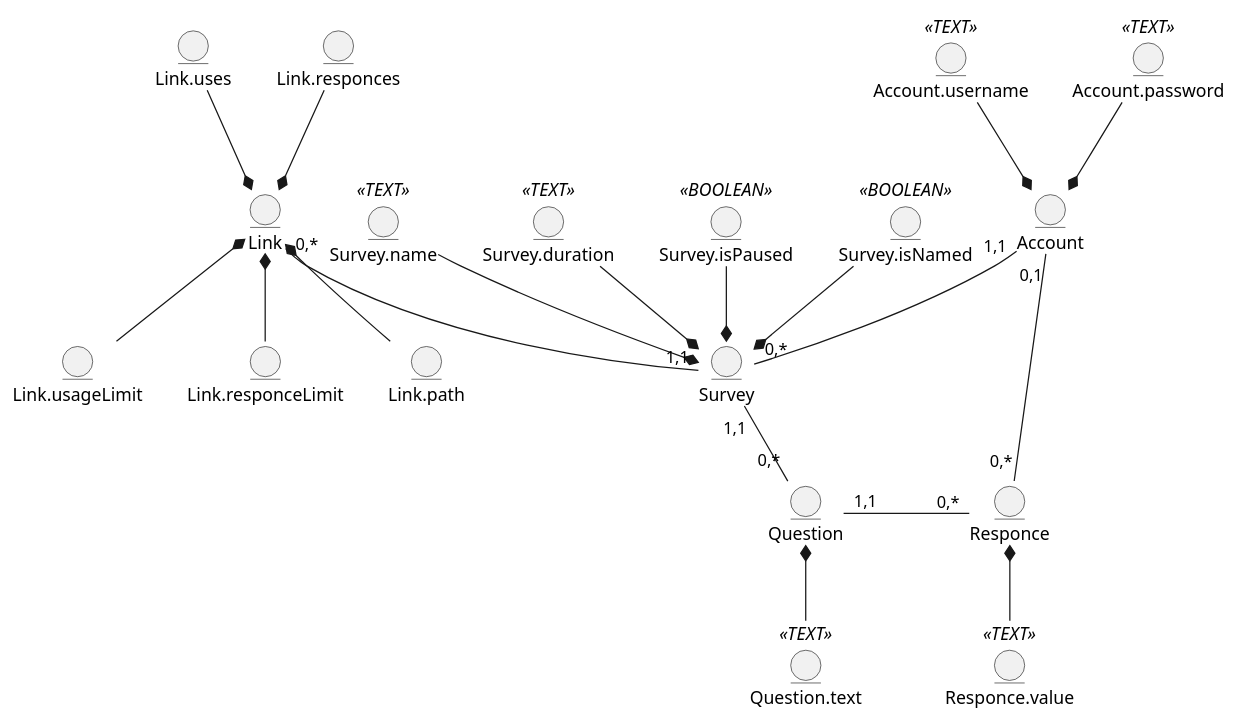
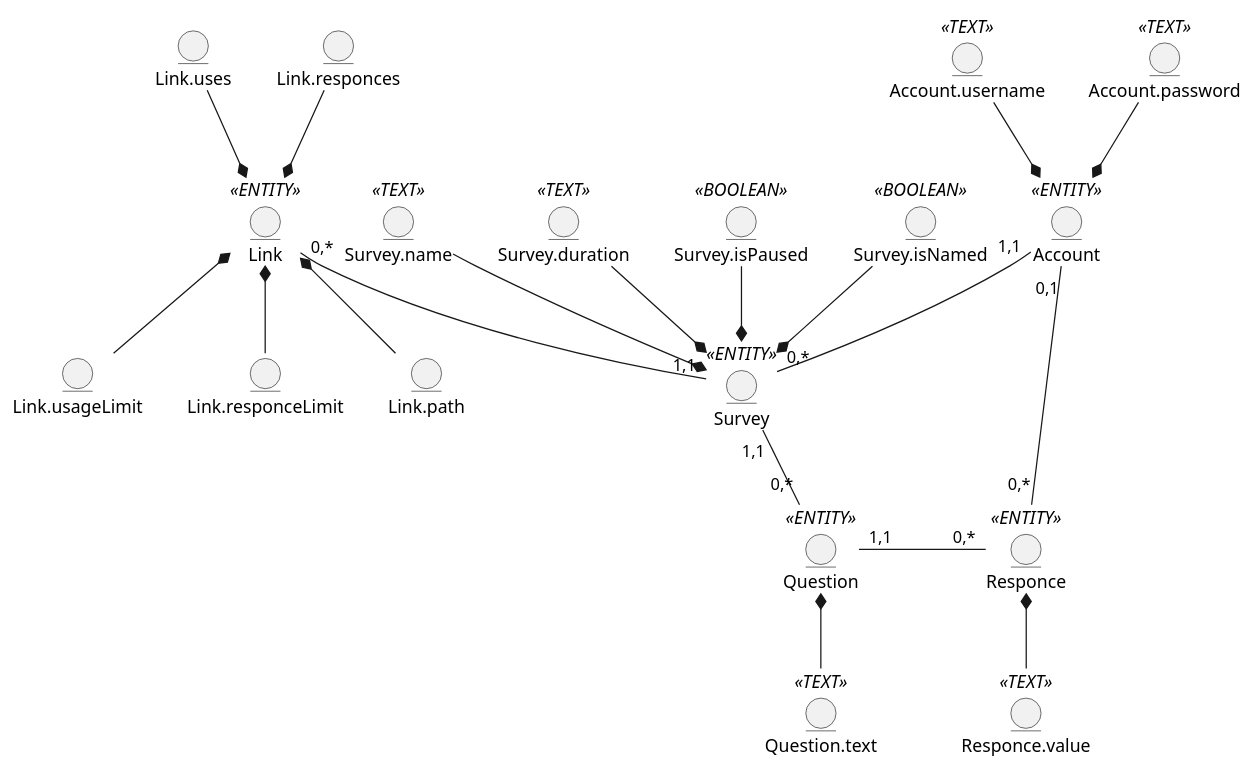
Before and after one commit to victoriavodyana/edu-dis-labs-vodyana: the first of 2 diagrams in docs/design/README.md, drawn with PlantUML. The commit also changed other lines of this file and 2 other files, not shown here.

Commit message:
лаб4: додав ER-модель та оновив попередні лабораторні

```diff
--- a/docs/design/README.md
+++ b/docs/design/README.md
@@ -12,50 +12,50 @@
 @startuml
 
-entity Account
+entity Account <<ENTITY>>
 entity Account.username <<TEXT>>
 entity Account.password <<TEXT>>
 
-entity Survey
+entity Survey <<ENTITY>>
 entity Survey.name <<TEXT>>
 entity Survey.duration <<TEXT>>
 entity Survey.isPaused <<BOOLEAN>>
 entity Survey.isNamed <<BOOLEAN>>
 
-entity Question
+entity Question <<ENTITY>>
 entity Question.text <<TEXT>>
 
-entity Responce
+entity Responce <<ENTITY>>
 entity Responce.value <<TEXT>>
 
-entity Link
+entity Link <<ENTITY>>
 entity Link.usageLimit
 entity Link.responceLimit
 entity Link.uses
 entity Link.responces
 entity Link.path
 
 Account.username --* Account
 Account.password --* Account
 
 Survey.name --* Survey
 Survey.duration --* Survey
 Survey.isPaused --* Survey
 Survey.isNamed --* Survey
 
 Link.usageLimit -u-* Link
 Link.responceLimit -u-* Link
 Link.uses --* Link
 Link.responces --* Link
 Link.path -u-* Link
 
 Responce.value -u-* Responce
 
 Question.text -u-* Question
 
 Account "1,1" -- "0,*" Survey
 Survey "1,1" -- "0,*" Question
 Question "1,1" -r- "0,*" Responce
 Account "0,1" -r- "0,*" Responce
 Link "0,*" -- "1,1" Survey
 
 @enduml
```
